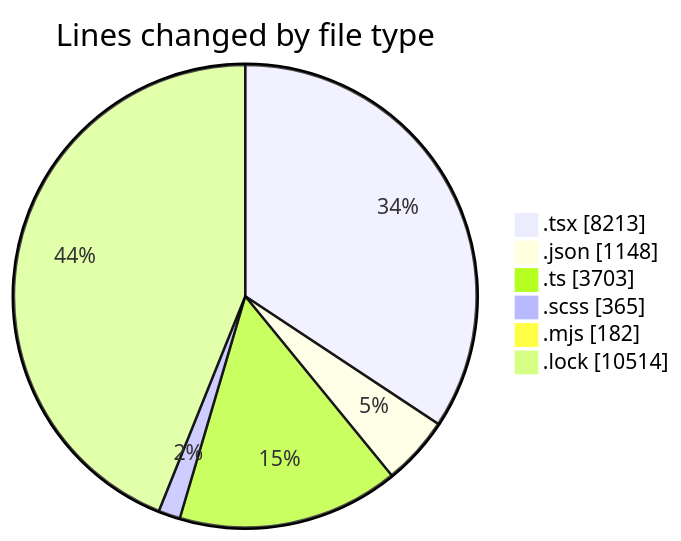
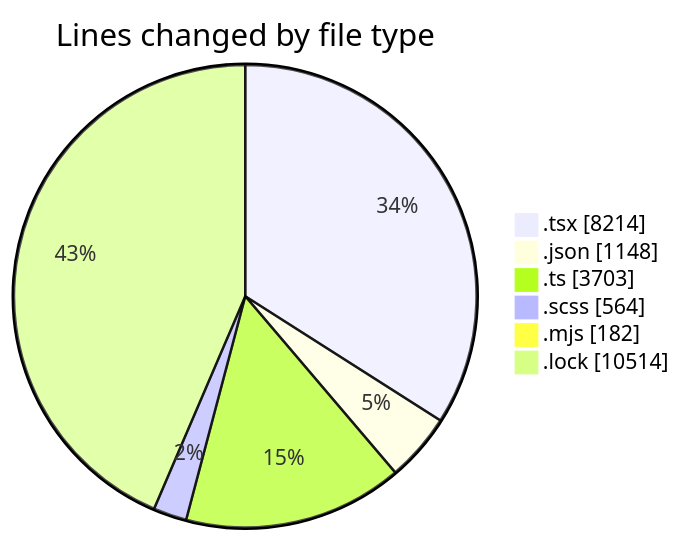
The first of 2 diagrams in 2026-05-12/cda/README.md (momahboobian/code-tracking), drawn with Mermaid before and after one commit. The commit also changed other lines of this file and 1 other file, not shown here.

````diff
--- a/2026-05-12/cda/README.md
+++ b/2026-05-12/cda/README.md
@@ -52,10 +52,10 @@
 ```mermaid
 pie showData
 title Lines changed by file type
-".tsx" : 8213
+".tsx" : 8214
 ".json" : 1148
 ".ts" : 3703
-".scss" : 365
+".scss" : 564
 ".mjs" : 182
 ".lock" : 10514
 ```
````
